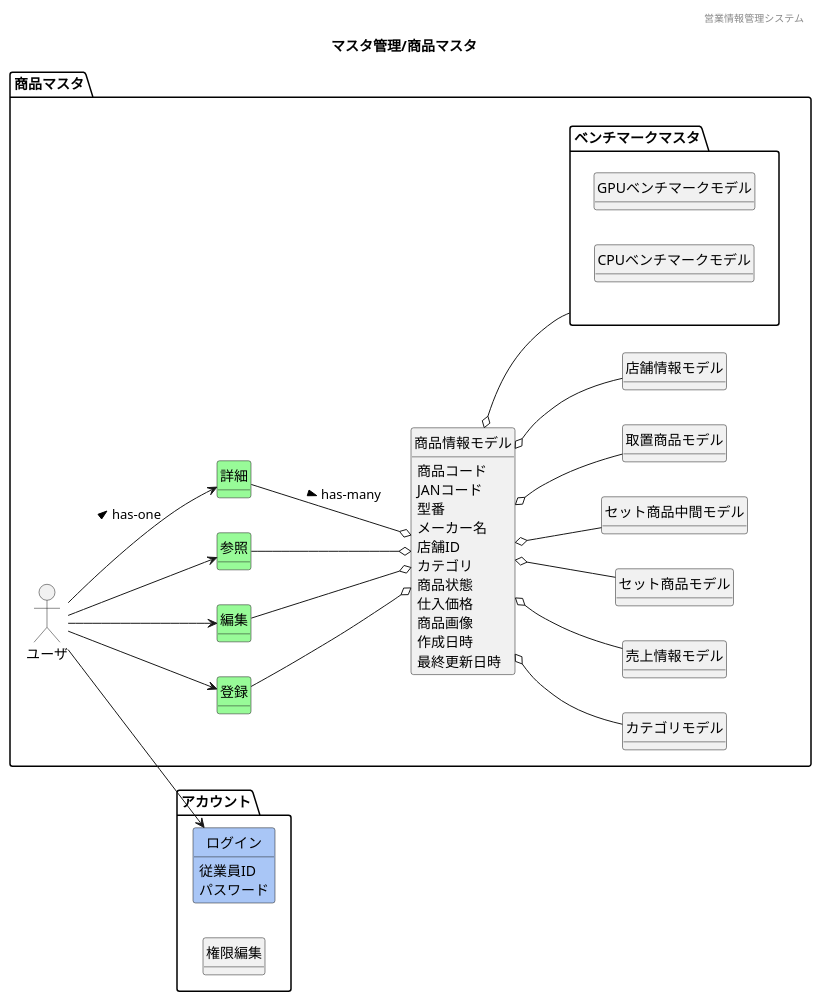
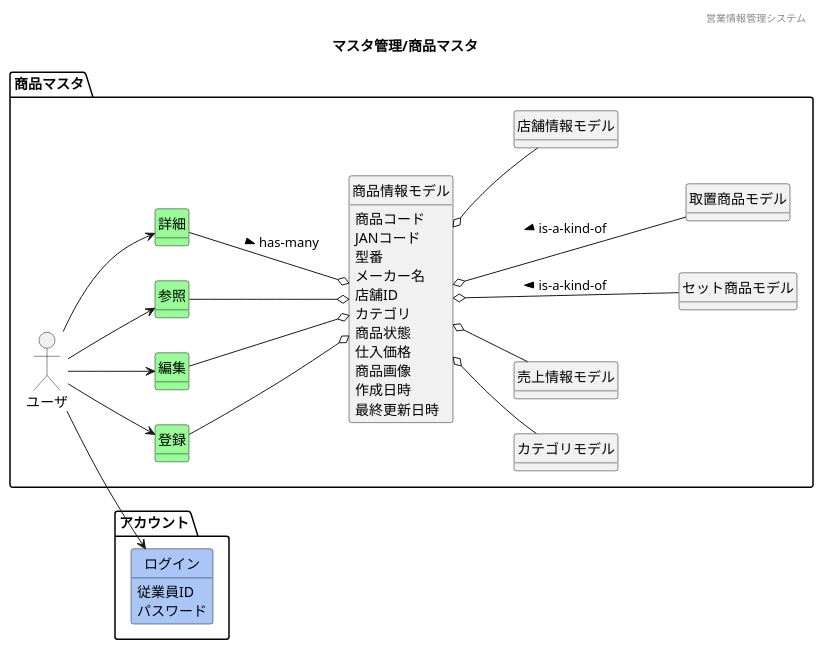
Before and after one commit to HaruShim/Sotuken: the diagram in 各種設計書/1ドメインモデル図/マスタ管理/F03商品マスタ.plantuml, drawn with PlantUML. The commit also changed 27 other files, not shown here.

```diff
--- a/各種設計書/1ドメインモデル図/マスタ管理/F03商品マスタ.plantuml
+++ b/各種設計書/1ドメインモデル図/マスタ管理/F03商品マスタ.plantuml
@@ -1,75 +1,73 @@
 @startuml images/マスタ管理/商品マスタ
 ' ヘッダー
 header 営業情報管理システム
 ' タイトル
 title マスタ管理/商品マスタ
 ' 
 hide circle
 ' 
 hide method
 left to right direction
 
 package "アカウント"{
     class "ログイン" #A9C6F6
-    class "権限編集"
+
 }
 
 package "商品マスタ" {
     'ユーザや外部システム
     mix_actor "ユーザ"
     class "登録" #98fb98
     class "編集" #98fb98
     class "参照" #98fb98
     class "詳細" #98fb98
     ' メインのモデルは赤
     class "商品情報モデル" #F5A9BC
     class "カテゴリモデル" 
-    package "ベンチマークマスタ"{
-        class "GPUベンチマークモデル"
-        class "CPUベンチマークモデル"
-    }
+    ' package "ベンチマークマスタ"{
+    '     class "GPUベンチマークモデル"
+    '     class "CPUベンチマークモデル"
+    ' }
     class "商品情報モデル"
     class "売上情報モデル" 
     class "セット商品モデル"
-    class "セット商品中間モデル"
     class "取置商品モデル"
     class "店舗情報モデル"
 
     'モデル同士の関係
     ユーザ --> 参照
     ユーザ --> 登録
     ユーザ --> 編集
-    ユーザ --> 詳細 : > has-one
+    ユーザ --> 詳細
     ユーザ --> ログイン
     参照 --o 商品情報モデル
     登録 --o 商品情報モデル 
     編集 --o 商品情報モデル 
     詳細 --o 商品情報モデル : > has-many
     商品情報モデル o-- カテゴリモデル
     商品情報モデル o-- 売上情報モデル
-    商品情報モデル o-- ベンチマークマスタ
-    商品情報モデル o-- 取置商品モデル
-    商品情報モデル o-- セット商品中間モデル
-    商品情報モデル o-- セット商品モデル
+    商品情報モデル o--- 取置商品モデル : < is-a-kind-of
+
+    商品情報モデル o--- セット商品モデル : < is-a-kind-of
     商品情報モデル o-- 店舗情報モデル
     'ドメインクラスの属性
     ログイン : 従業員ID
 
     ログイン : パスワード
     商品情報モデル : 商品コード
     商品情報モデル : JANコード
     商品情報モデル : 型番
     商品情報モデル : メーカー名
     商品情報モデル : 店舗ID
     商品情報モデル : カテゴリ
     商品情報モデル : 商品状態    
     商品情報モデル : 仕入価格
     商品情報モデル : 商品画像
     商品情報モデル : 作成日時
     商品情報モデル : 最終更新日時
 }
 
 
 
 
 @enduml
```
